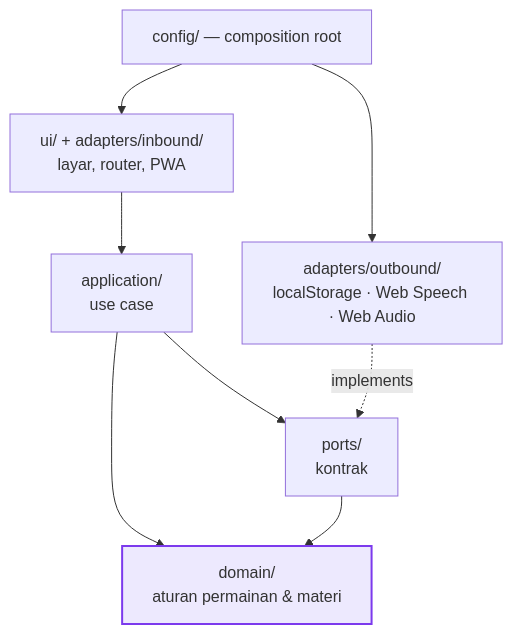
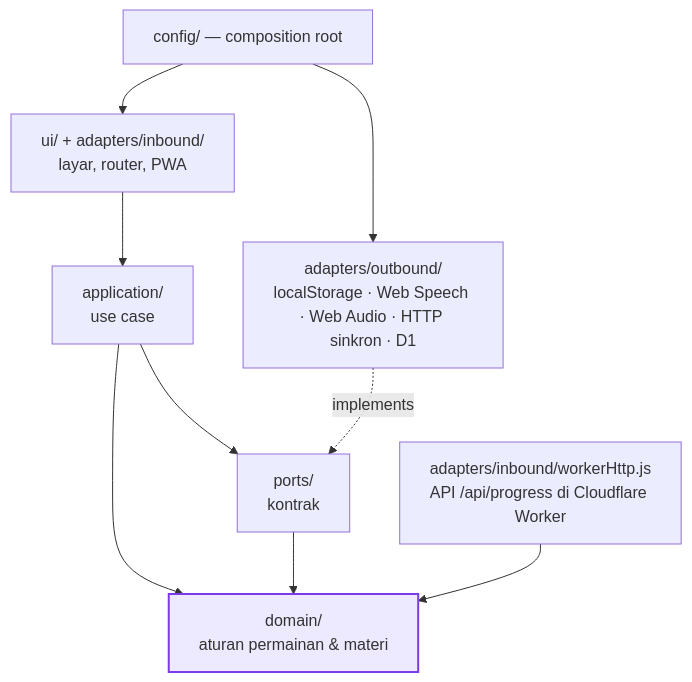
Before and after one commit to andwowor/Latihan-Membaca-Darlene: the diagram in README.md, drawn with Mermaid. The commit also changed other lines of this file and 34 other files, not shown here.

````diff
--- a/README.md
+++ b/README.md
@@ -38,11 +65,12 @@
 ```mermaid
 flowchart TD
   UI["ui/ + adapters/inbound/<br/>layar, router, PWA"] --> APP["application/<br/>use case"]
   APP --> PORTS["ports/<br/>kontrak"]
   APP --> DOMAIN["domain/<br/>aturan permainan & materi"]
   PORTS --> DOMAIN
-  OUT["adapters/outbound/<br/>localStorage · Web Speech · Web Audio"] -.implements.-> PORTS
+  OUT["adapters/outbound/<br/>localStorage · Web Speech · Web Audio · HTTP sinkron · D1"] -.implements.-> PORTS
+  WORKER["adapters/inbound/workerHttp.js<br/>API /api/progress di Cloudflare Worker"] --> DOMAIN
   CONFIG["config/ — composition root"] --> UI
   CONFIG --> OUT
   style DOMAIN fill:#ede9fe,stroke:#7c3aed,stroke-width:2px
 ```
````
